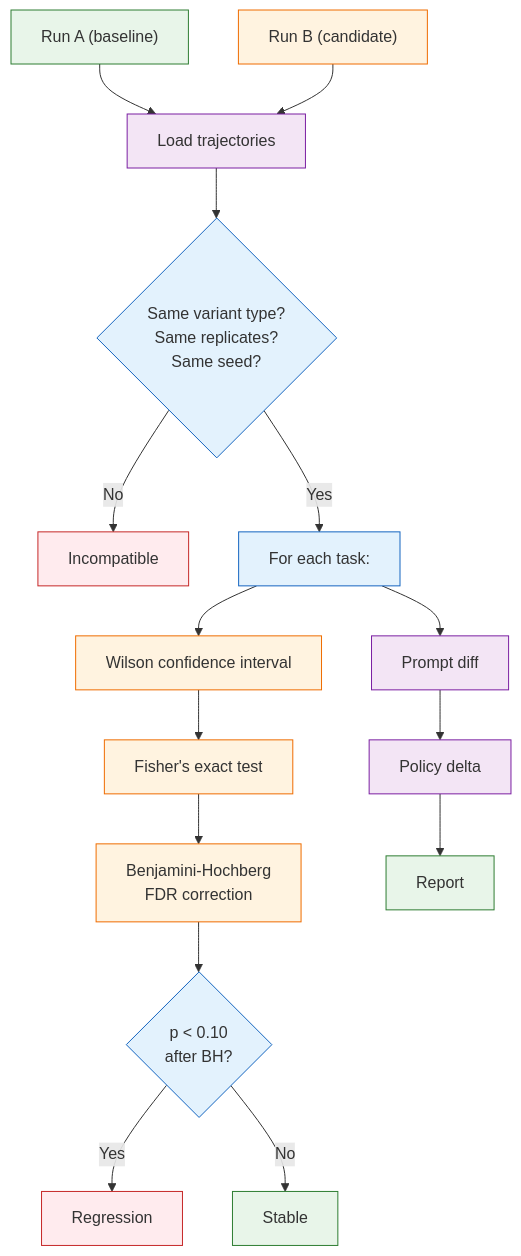
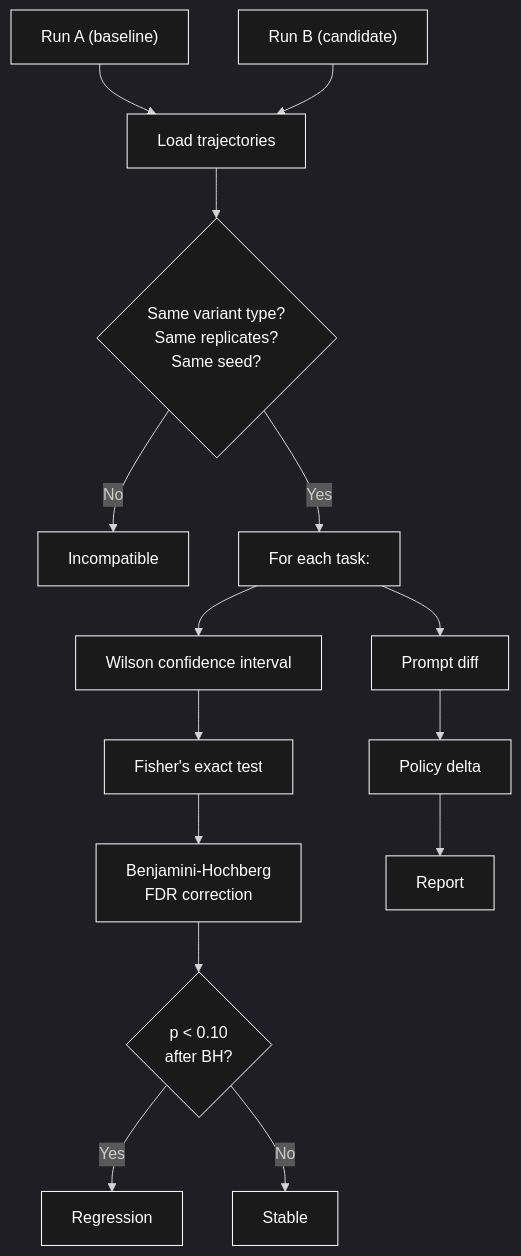
The third of 11 diagrams in README.md (Mehul-bisht-0/Driftbench--AI-regression-testing-harness), drawn with Mermaid before and after one commit. The commit also changed other lines of this file, not shown here.

````diff
--- a/README.md
+++ b/README.md
@@ -153,33 +155,34 @@
 ```mermaid
+%%{init: {"theme": "dark"}}%%
 flowchart TD
     A["Run A (baseline)"] --> B["Load trajectories"]
     C["Run B (candidate)"] --> B
     B --> D{"Same variant type?\nSame replicates?\nSame seed?"}
     D -->|"No"| E["Incompatible"]
     D -->|"Yes"| F["For each task:"]
     F --> G["Wilson confidence interval"]
     G --> H["Fisher's exact test"]
     H --> I["Benjamini-Hochberg\nFDR correction"]
     I --> J{"p < 0.10\nafter BH?"}
     J -->|"Yes"| K["Regression"]
     J -->|"No"| L["Stable"]
     F --> M["Prompt diff"]
     M --> N["Policy delta"]
     N --> O["Report"]
 
-    style A fill:#e8f5e9,stroke:#2e7d32
-    style B fill:#f3e5f5,stroke:#7b1fa2
-    style C fill:#fff3e0,stroke:#ef6c00
-    style D fill:#e3f2fd,stroke:#1565c0
-    style E fill:#ffebee,stroke:#c62828
-    style F fill:#e3f2fd,stroke:#1565c0
-    style G fill:#fff3e0,stroke:#ef6c00
-    style H fill:#fff3e0,stroke:#ef6c00
-    style I fill:#fff3e0,stroke:#ef6c00
-    style J fill:#e3f2fd,stroke:#1565c0
-    style K fill:#ffebee,stroke:#c62828
-    style L fill:#e8f5e9,stroke:#2e7d32
-    style M fill:#f3e5f5,stroke:#7b1fa2
-    style N fill:#f3e5f5,stroke:#7b1fa2
-    style O fill:#e8f5e9,stroke:#2e7d32
+    style A fill:#1a1a1a,stroke:#ffffff,color:#ffffff
+    style B fill:#1a1a1a,stroke:#ffffff,color:#ffffff
+    style C fill:#1a1a1a,stroke:#ffffff,color:#ffffff
+    style D fill:#1a1a1a,stroke:#ffffff,color:#ffffff
+    style E fill:#1a1a1a,stroke:#ffffff,color:#ffffff
+    style F fill:#1a1a1a,stroke:#ffffff,color:#ffffff
+    style G fill:#1a1a1a,stroke:#ffffff,color:#ffffff
+    style H fill:#1a1a1a,stroke:#ffffff,color:#ffffff
+    style I fill:#1a1a1a,stroke:#ffffff,color:#ffffff
+    style J fill:#1a1a1a,stroke:#ffffff,color:#ffffff
+    style K fill:#1a1a1a,stroke:#ffffff,color:#ffffff
+    style L fill:#1a1a1a,stroke:#ffffff,color:#ffffff
+    style M fill:#1a1a1a,stroke:#ffffff,color:#ffffff
+    style N fill:#1a1a1a,stroke:#ffffff,color:#ffffff
+    style O fill:#1a1a1a,stroke:#ffffff,color:#ffffff
 ```
````
